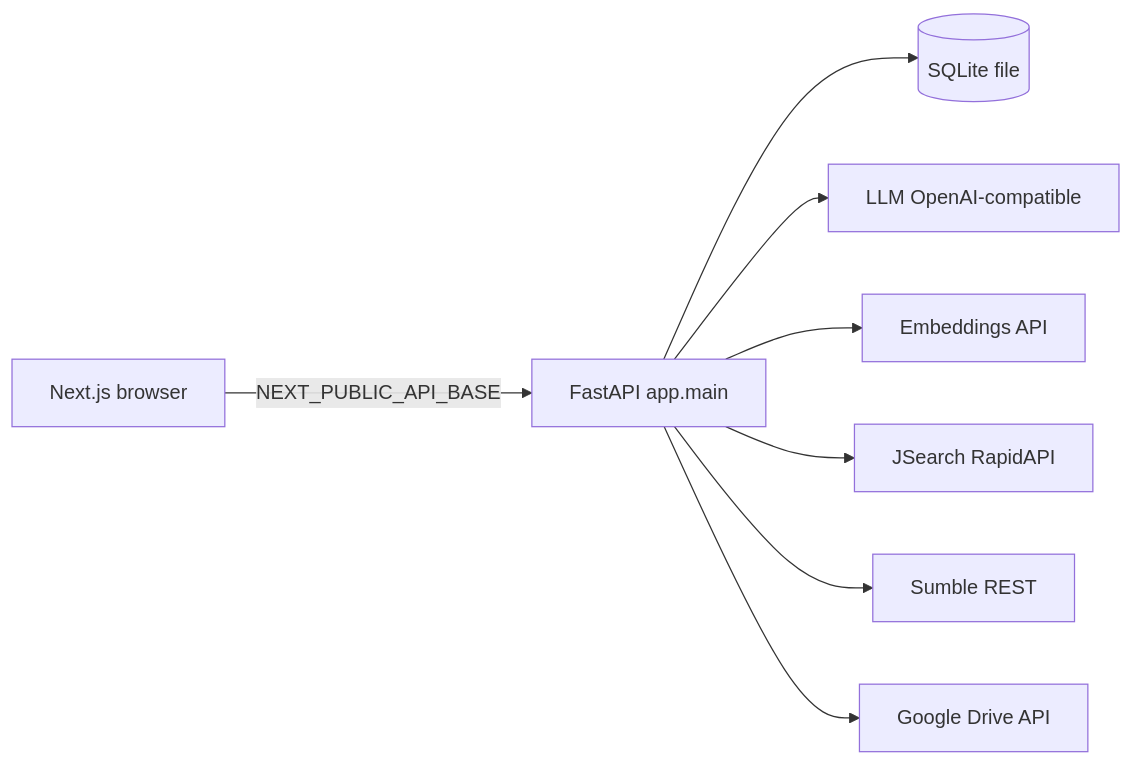
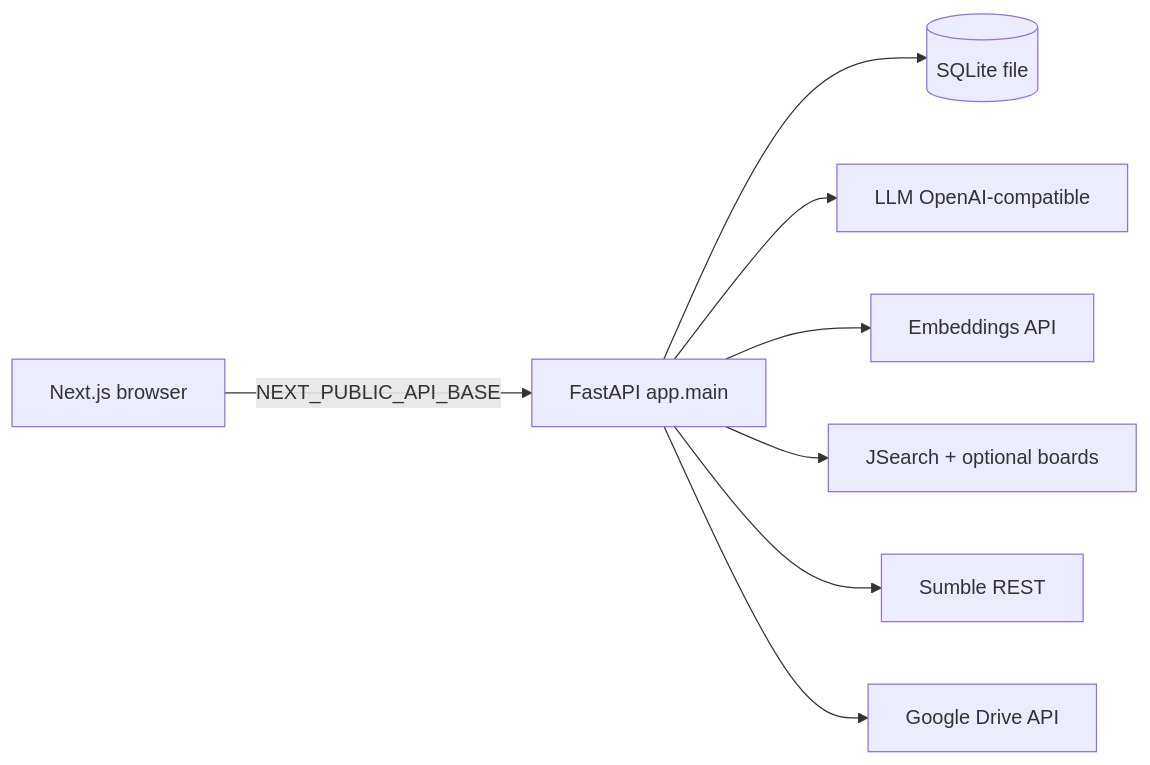
One commit to kanavgoyal781/teamscout changed the diagram in ARCHITECTURE.md. Above: the diagram before and after it, drawn with Mermaid. The commit also changed other lines of this file and 70 other files, not shown here.

````diff
--- a/ARCHITECTURE.md
+++ b/ARCHITECTURE.md
@@ -7,19 +7,19 @@
 ```mermaid
 flowchart LR
   Browser[Next.js browser]
   API[FastAPI app.main]
   SQLite[(SQLite file)]
   LLM[LLM OpenAI-compatible]
   Emb[Embeddings API]
-  JSearch[JSearch RapidAPI]
+  Jobs[JSearch + optional boards]
   Sumble[Sumble REST]
   Drive[Google Drive API]
 
   Browser -->|NEXT_PUBLIC_API_BASE| API
   API --> SQLite
   API --> LLM
   API --> Emb
-  API --> JSearch
+  API --> Jobs
   API --> Sumble
   API --> Drive
 ```
````
